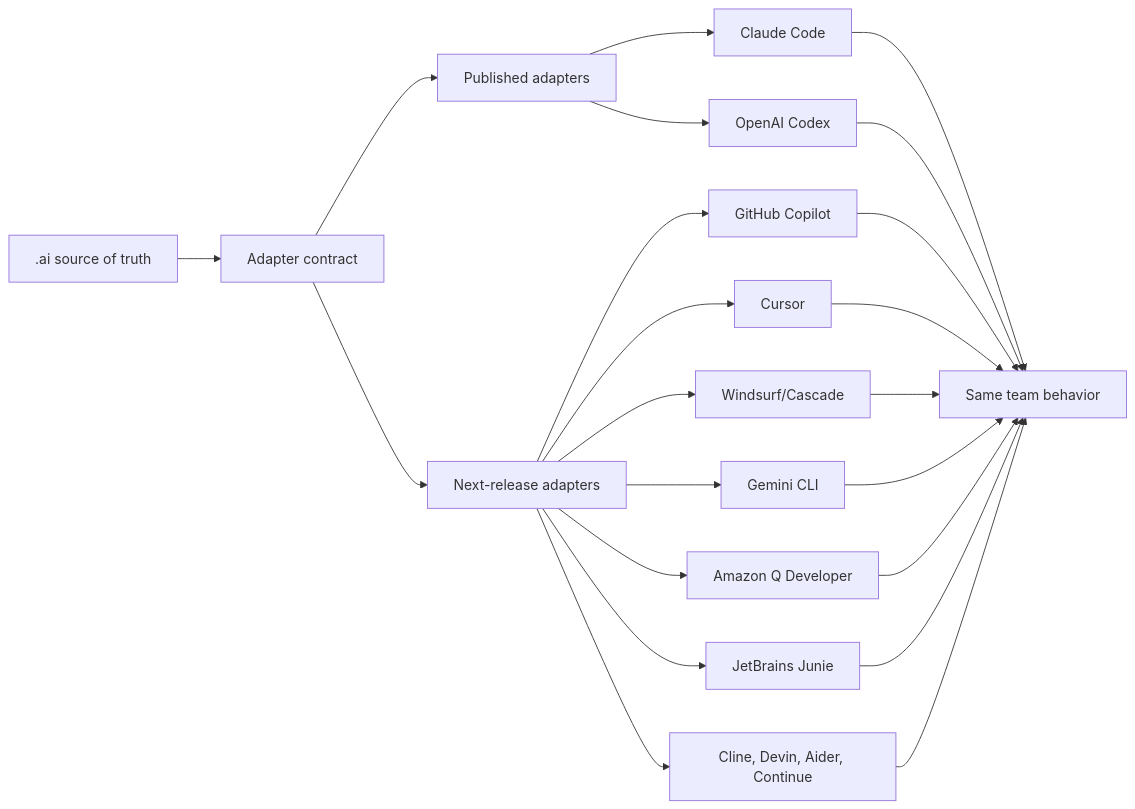
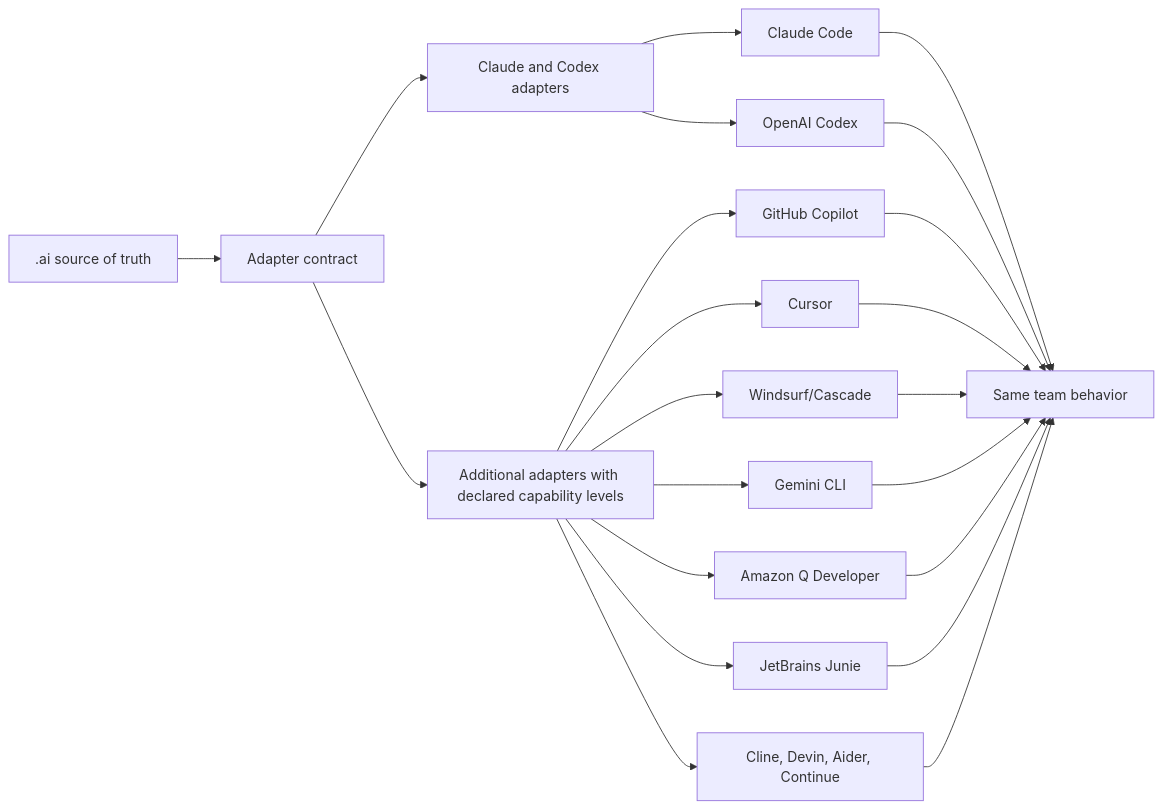
The third of 13 diagrams in docs/HIGH_LEVEL_DESIGN.md (phamhungptithcm/ai-agent-kit), drawn with Mermaid before and after one commit. The commit also changed other lines of this file and 107 other files, not shown here.

````diff
--- a/docs/HIGH_LEVEL_DESIGN.md
+++ b/docs/HIGH_LEVEL_DESIGN.md
@@ -66,27 +88,27 @@
 ```mermaid
 flowchart LR
   Source[.ai source of truth] --> Contract[Adapter contract]
-  Contract --> Published[Published adapters]
-  Contract --> Next[Next-release adapters]
+  Contract --> Published[Claude and Codex adapters]
+  Contract --> Next[Additional adapters with declared capability levels]
 
   Published --> Claude[Claude Code]
   Published --> Codex[OpenAI Codex]
 
   Next --> Copilot[GitHub Copilot]
   Next --> Cursor[Cursor]
   Next --> Windsurf[Windsurf/Cascade]
   Next --> Gemini[Gemini CLI]
   Next --> AmazonQ[Amazon Q Developer]
   Next --> Junie[JetBrains Junie]
   Next --> OSS[Cline, Devin, Aider, Continue]
 
   Claude --> Behavior[Same team behavior]
   Codex --> Behavior
   Copilot --> Behavior
   Cursor --> Behavior
   Windsurf --> Behavior
   Gemini --> Behavior
   AmazonQ --> Behavior
   Junie --> Behavior
   OSS --> Behavior
 ```
````
